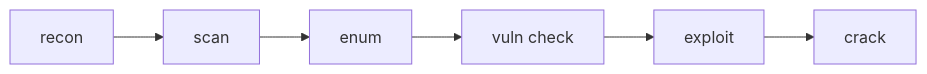
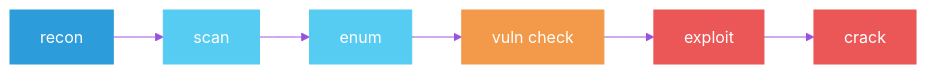
The fourth of 8 diagrams in Graphs/Security-IR-Diagrams.md (444Nazky/My-Vault), drawn with Mermaid before and after one commit. The commit also changed other lines of this file and 15 other files, not shown here.

````diff
--- a/Graphs/Security-IR-Diagrams.md
+++ b/Graphs/Security-IR-Diagrams.md
@@ -46,8 +58,15 @@
 ```mermaid
+%%{init: {'theme': 'default', 'themeVariables': { 'primaryColor': '#9B51E0', 'lineColor': '#9B51E0'}}}%%
 flowchart LR
  A["recon"] --> B["scan"]
  B --> C["enum"]
  C --> D["vuln check"]
  D --> E["exploit"]
  E --> F["crack"]
+ style A fill:#2D9CDB,stroke:#2D9CDB,color:#fff
+ style B fill:#56CCF2,stroke:#56CCF2,color:#fff
+ style C fill:#56CCF2,stroke:#56CCF2,color:#fff
+ style D fill:#F2994A,stroke:#F2994A,color:#fff
+ style E fill:#EB5757,stroke:#EB5757,color:#fff
+ style F fill:#EB5757,stroke:#EB5757,color:#fff
 ```
````
